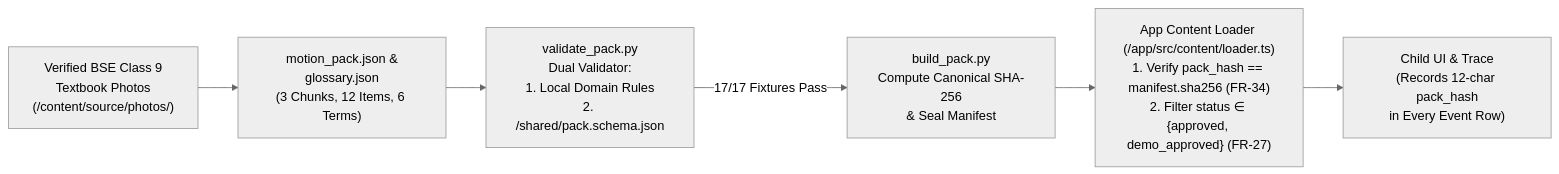
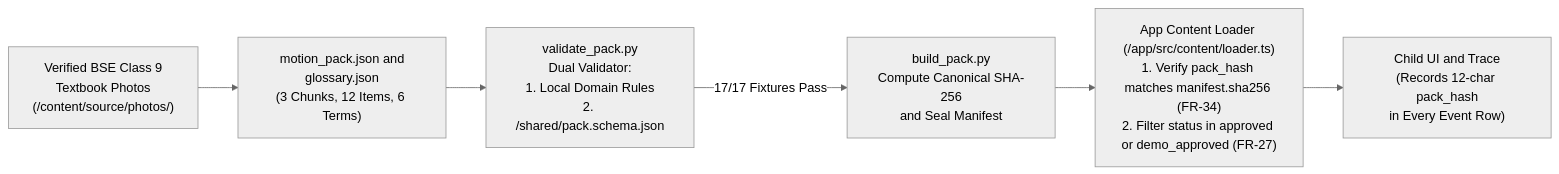
One commit to SIBAM890/Padhai-Pocket changed the sixth of 6 diagrams in README.md. Above: the diagram before and after it, drawn with Mermaid (neutral theme). The commit also changed other lines of this file, not shown here.

````diff
--- a/README.md
+++ b/README.md
@@ -284,8 +295,8 @@
 ```mermaid
 flowchart LR
-    Photos["Verified BSE Class 9<br/>Textbook Photos<br/>(/content/source/photos/)"] --> PackJSON["motion_pack.json &<br/>glossary.json<br/>(3 Chunks, 12 Items, 6 Terms)"]
+    Photos["Verified BSE Class 9<br/>Textbook Photos<br/>(/content/source/photos/)"] --> PackJSON["motion_pack.json and<br/>glossary.json<br/>(3 Chunks, 12 Items, 6 Terms)"]
     PackJSON --> Validator["validate_pack.py<br/>Dual Validator:<br/>1. Local Domain Rules<br/>2. /shared/pack.schema.json"]
-    Validator -->|"17/17 Fixtures Pass"| Sealer["build_pack.py<br/>Compute Canonical SHA-256<br/>& Seal Manifest"]
-    Sealer --> RuntimeGate["App Content Loader (/app/src/content/loader.ts)<br/>1. Verify pack_hash == manifest.sha256 (FR-34)<br/>2. Filter status ∈ {approved, demo_approved} (FR-27)"]
-    RuntimeGate --> ChildUI["Child UI & Trace<br/>(Records 12-char pack_hash<br/>in Every Event Row)"]
+    Validator -->|"17/17 Fixtures Pass"| Sealer["build_pack.py<br/>Compute Canonical SHA-256<br/>and Seal Manifest"]
+    Sealer --> RuntimeGate["App Content Loader (/app/src/content/loader.ts)<br/>1. Verify pack_hash matches manifest.sha256 (FR-34)<br/>2. Filter status in approved or demo_approved (FR-27)"]
+    RuntimeGate --> ChildUI["Child UI and Trace<br/>(Records 12-char pack_hash<br/>in Every Event Row)"]
 ```
````
